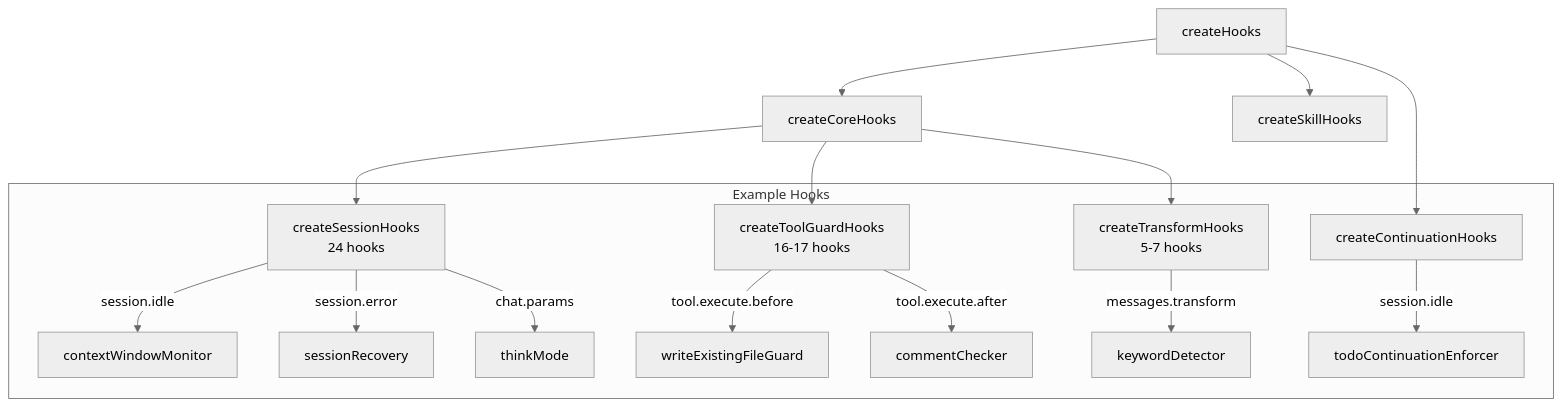
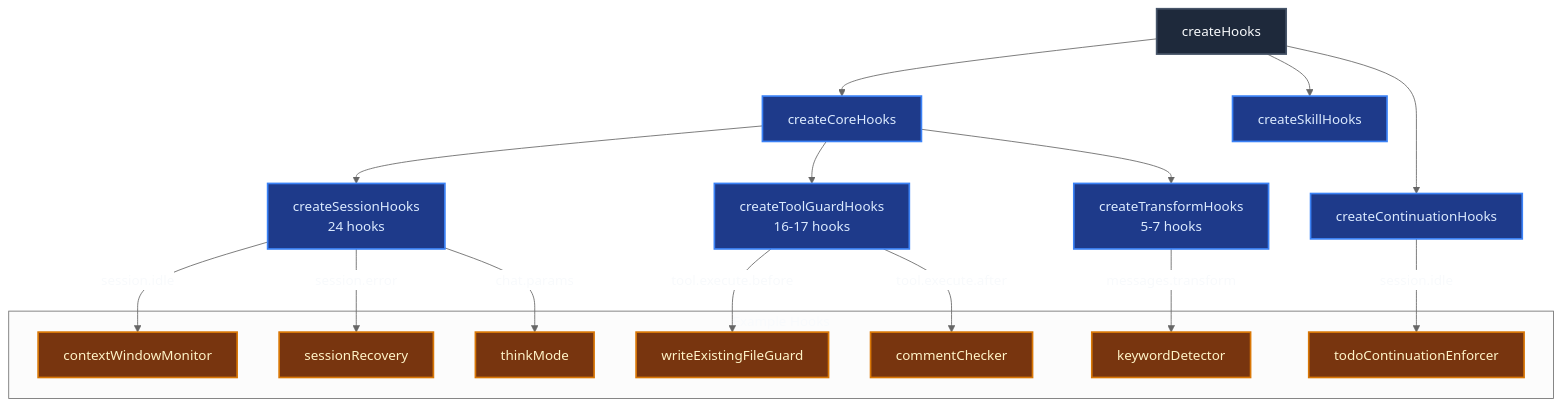
One commit to hecateq/hecateq-openagent changed the third of 5 diagrams in README.md. Above: the diagram before and after it, drawn with Mermaid (neutral theme). The commit also changed other lines of this file, not shown here.

````diff
--- a/README.md
+++ b/README.md
@@ -737,20 +740,32 @@
 ```mermaid
 graph TD
-    Hooks[createHooks] --> Core[createCoreHooks]
-    Hooks --> Cont[createContinuationHooks]
-    Hooks --> Skill[createSkillHooks]
+    classDef root fill:#1e293b,stroke:#475569,stroke-width:2px,color:#f8fafc;
+    classDef hook fill:#1e3a8a,stroke:#3b82f6,stroke-width:2px,color:#dbeafe;
+    classDef exam fill:#78350f,stroke:#d97706,stroke-width:2px,color:#fef3c7;
+
+    Hooks[createHooks]:::root --> Core[createCoreHooks]:::hook
+    Hooks --> Cont[createContinuationHooks]:::hook
+    Hooks --> Skill[createSkillHooks]:::hook
     
-    Core --> Sess[createSessionHooks<br/>24 hooks]
-    Core --> TG[createToolGuardHooks<br/>16-17 hooks]
-    Core --> TF[createTransformHooks<br/>5-7 hooks]
+    Core --> Sess[createSessionHooks<br/>24 hooks]:::hook
+    Core --> TG[createToolGuardHooks<br/>16-17 hooks]:::hook
+    Core --> TF[createTransformHooks<br/>5-7 hooks]:::hook
     
     subgraph "Example Hooks"
-        Sess -->|session.idle| CW[contextWindowMonitor]
-        Sess -->|session.error| SR[sessionRecovery]
-        Sess -->|chat.params| TE[thinkMode]
-        TG -->|tool.execute.before| WG[writeExistingFileGuard]
-        TG -->|tool.execute.after| CC[commentChecker]
-        TF -->|messages.transform| KD[keywordDetector]
-        Cont -->|session.idle| TC[todoContinuationEnforcer]
+        CW[contextWindowMonitor]:::exam
+        SR[sessionRecovery]:::exam
+        TE[thinkMode]:::exam
+        WG[writeExistingFileGuard]:::exam
+        CC[commentChecker]:::exam
+        KD[keywordDetector]:::exam
+        TC[todoContinuationEnforcer]:::exam
     end
+    
+    Sess -->|session.idle| CW
+    Sess -->|session.error| SR
+    Sess -->|chat.params| TE
+    TG -->|tool.execute.before| WG
+    TG -->|tool.execute.after| CC
+    TF -->|messages.transform| KD
+    Cont -->|session.idle| TC
 ```
````
